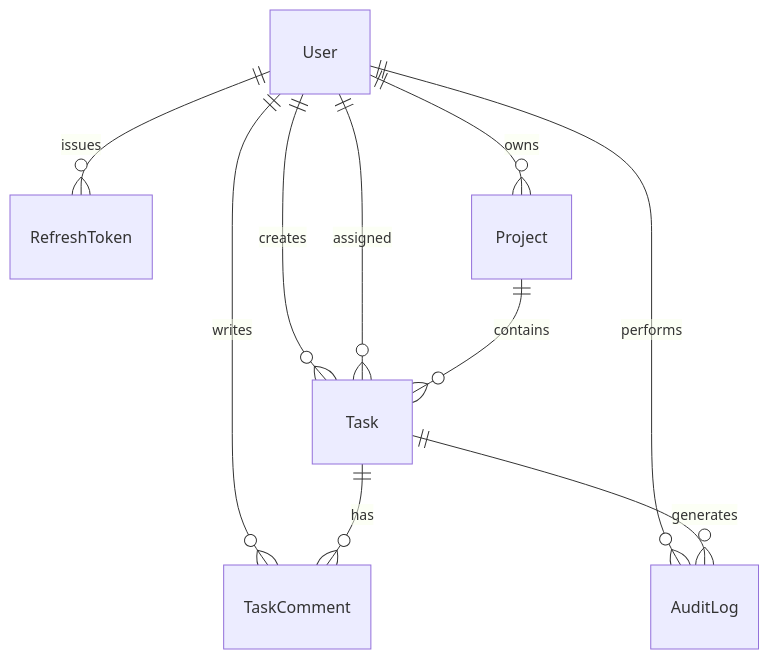
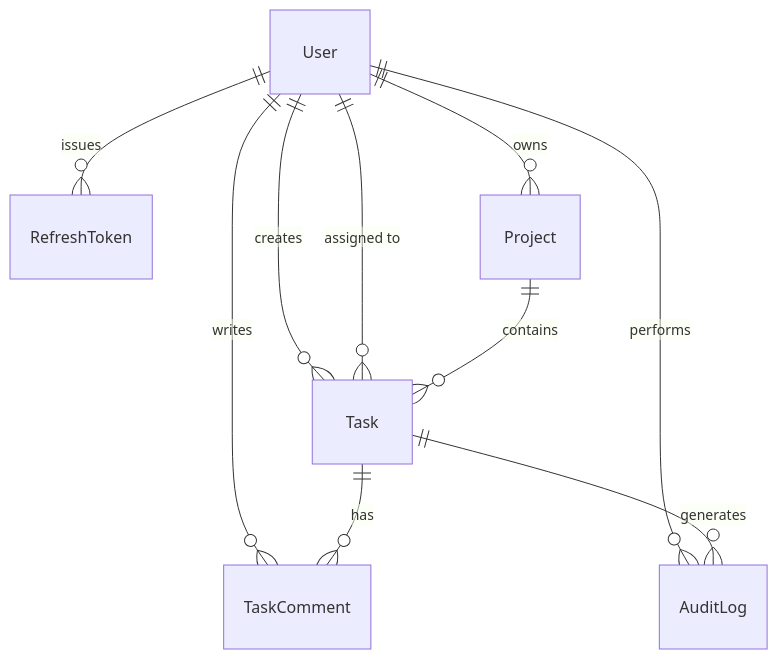
One commit to mdmakky/Luminous-Labs---NodeJS-Task changed the second of 2 diagrams in README.md. Above: the diagram before and after it, drawn with Mermaid. The commit also changed other lines of this file, not shown here.

````diff
--- a/README.md
+++ b/README.md
@@ -125,12 +172,12 @@
 ```mermaid
 erDiagram
     User ||--o{ RefreshToken : issues
     User ||--o{ Project : owns
     User ||--o{ Task : creates
-    User ||--o{ Task : assigned
+    User ||--o{ Task : "assigned to"
     User ||--o{ TaskComment : writes
     User ||--o{ AuditLog : performs
     Project ||--o{ Task : contains
     Task ||--o{ TaskComment : has
     Task ||--o{ AuditLog : generates
 ```
````
